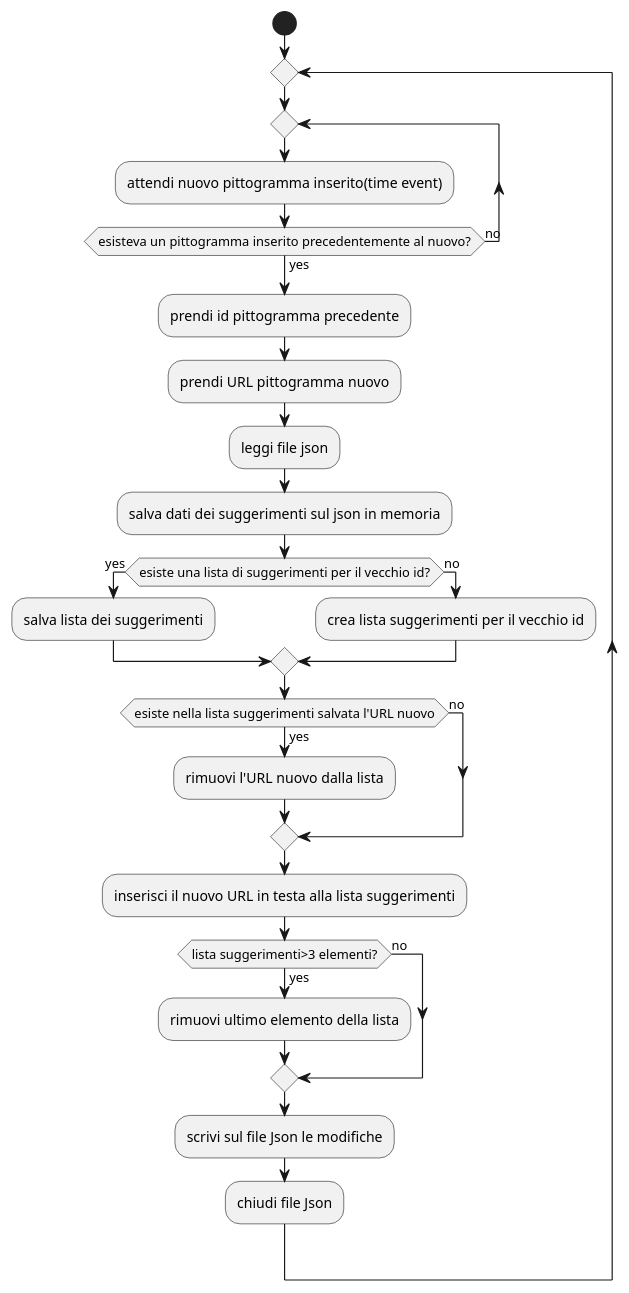
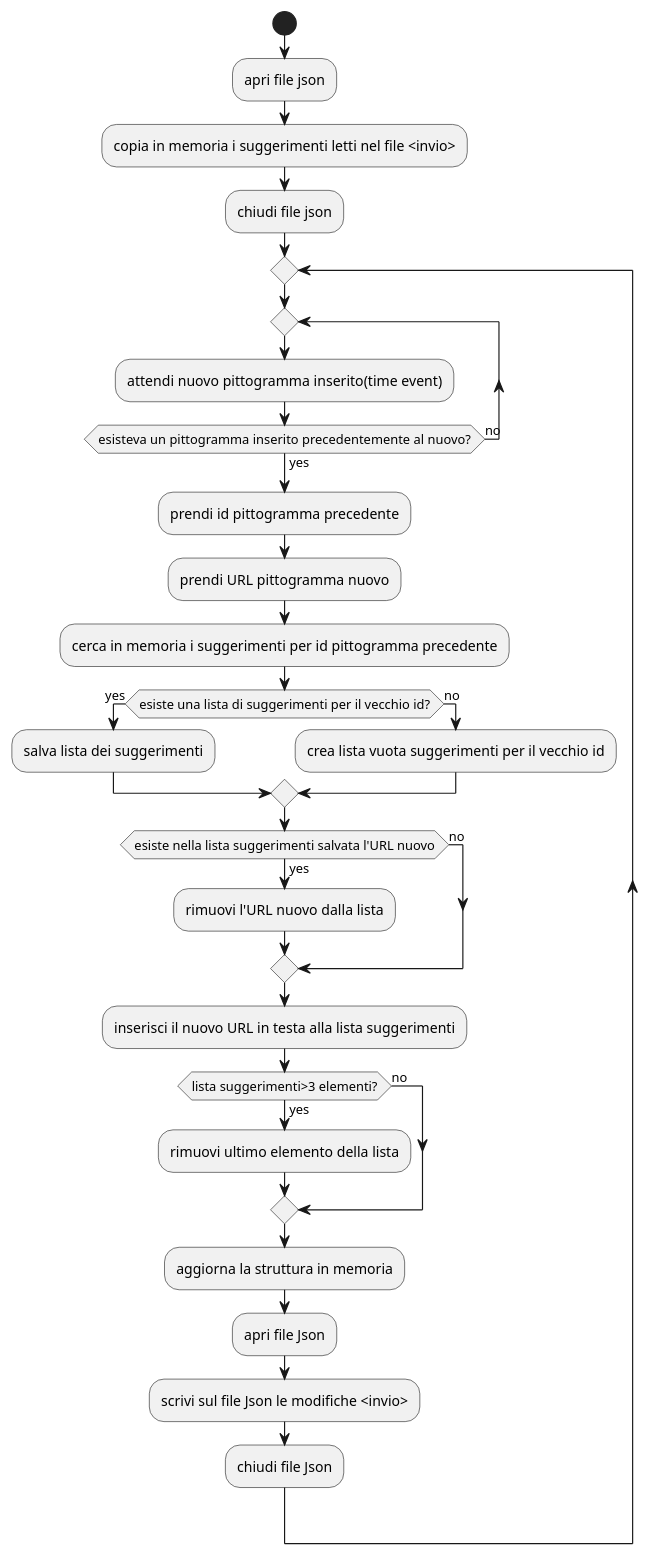
One commit to lucazucchetti/CAA-ing-software-a.a.-2025-2026 changed the diagram in CAA-diagrammi/DiagrammiUML/FunzionalitaSuggerimentoPittogrammi/DiagrammaAttivitaGestioneSuggerimentiPittogrammi.puml. Above: the diagram before and after it, drawn with PlantUML. The commit also changed 14 other files, not shown here.

First line of the commit message:
Aggiunti i diagrammi che non avevo messo prima

```diff
--- a/CAA-diagrammi/DiagrammiUML/FunzionalitaSuggerimentoPittogrammi/DiagrammaAttivitaGestioneSuggerimentiPittogrammi.puml
+++ b/CAA-diagrammi/DiagrammiUML/FunzionalitaSuggerimentoPittogrammi/DiagrammaAttivitaGestioneSuggerimentiPittogrammi.puml
@@ -1,29 +1,33 @@
 @startuml DiagrammaAttivitaGestioneSuggerimentiPittogrammi
 start
+:apri file json;
+:copia in memoria i suggerimenti letti nel file <invio>; <<sendSignal>>
+:chiudi file json;
 repeat
 repeat
 :attendi nuovo pittogramma inserito(time event); <<timeEvent>>
 repeat while(esisteva un pittogramma inserito precedentemente al nuovo?) is (no) not (yes)
     :prendi id pittogramma precedente;
     :prendi URL pittogramma nuovo;
-    :leggi file json;
-    :salva dati dei suggerimenti sul json in memoria;
+    :cerca in memoria i suggerimenti per id pittogramma precedente;
 if(esiste una lista di suggerimenti per il vecchio id?) then (yes)
     :salva lista dei suggerimenti;
 else(no)
-    :crea lista suggerimenti per il vecchio id;
+    :crea lista vuota suggerimenti per il vecchio id;
 endif
 if(esiste nella lista suggerimenti salvata l'URL nuovo) then(yes)
     :rimuovi l'URL nuovo dalla lista;
 else (no)
 endif 
 :inserisci il nuovo URL in testa alla lista suggerimenti;
 
 if(lista suggerimenti>3 elementi?) then (yes)
     :rimuovi ultimo elemento della lista;
 else (no)
 endif
-:scrivi sul file Json le modifiche;
+:aggiorna la struttura in memoria;
+:apri file Json;
+:scrivi sul file Json le modifiche <invio>; <<sendSignal>>
 :chiudi file Json;
 
 @enduml
```
